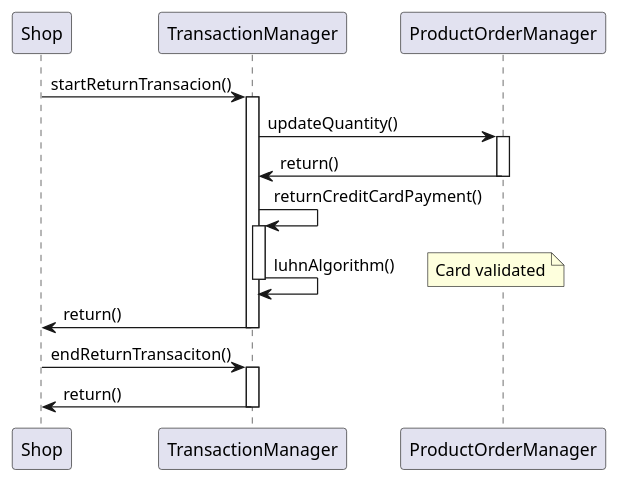
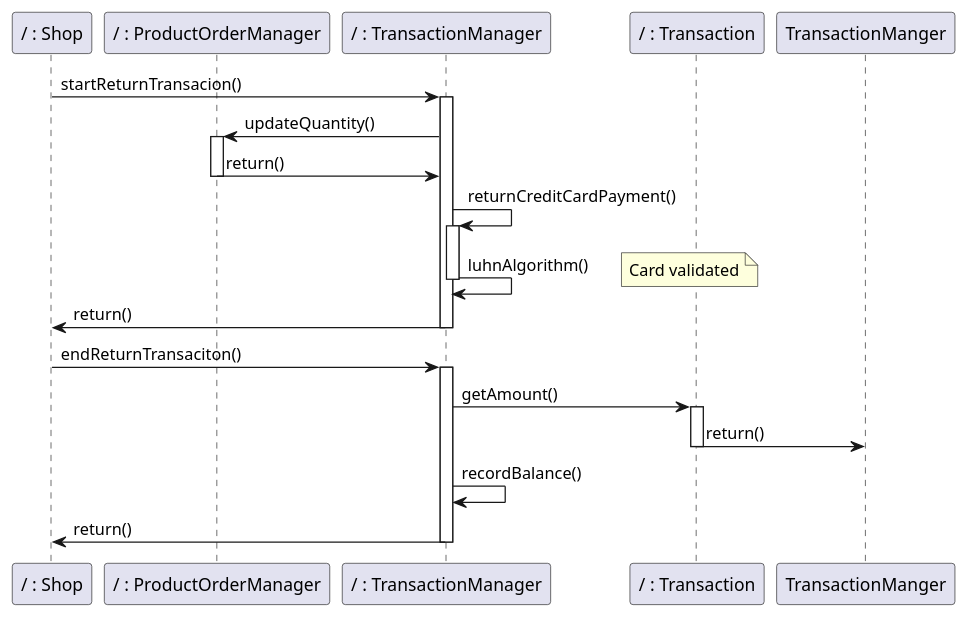
One commit to nicolabattaglino/ezshop changed the tenth of 14 diagrams in Deliverables/DesignDocument.md. Above: the diagram before and after it, drawn with PlantUML. The commit also changed other lines of this file, not shown here.

Commit message:
Adeed sequences for scenarios 10.1 and 10.2

````diff
--- a/Deliverables/DesignDocument.md
+++ b/Deliverables/DesignDocument.md
@@ -608,21 +608,31 @@
 ```plantuml
 @startuml
+
+participant "/ : Shop" as Shop
+participant "/ : ProductOrderManager" as ProductOrderManager
+participant "/ : TransactionManager" as TransactionManager
+participant "/ : Transaction" as Transaction
 Shop -> TransactionManager: startReturnTransacion()
 activate TransactionManager
 TransactionManager -> ProductOrderManager: updateQuantity()
 activate ProductOrderManager
 ProductOrderManager -> TransactionManager: return()
 deactivate ProductOrderManager
 TransactionManager -> TransactionManager:returnCreditCardPayment()
 activate TransactionManager
 TransactionManager -> TransactionManager: luhnAlgorithm()
 note right: Card validated
 deactivate TransactionManager 
 TransactionManager  -> Shop: return()
 deactivate TransactionManager 
 Shop -> TransactionManager: endReturnTransaciton()
 activate TransactionManager
+TransactionManager-> Transaction: getAmount()
+activate Transaction
+Transaction -> TransactionManger: return()
+deactivate Transaction
+TransactionManager -> TransactionManager: recordBalance() 
 TransactionManager -> Shop:return()
 deactivate TransactionManager 
 @enduml
 ```
````
